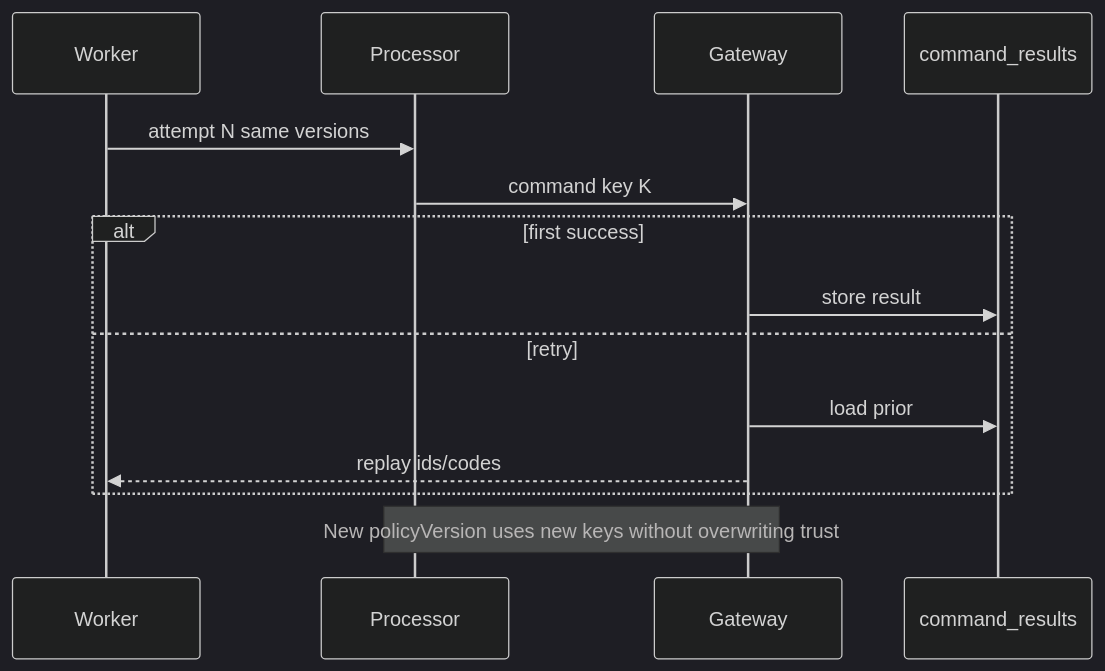
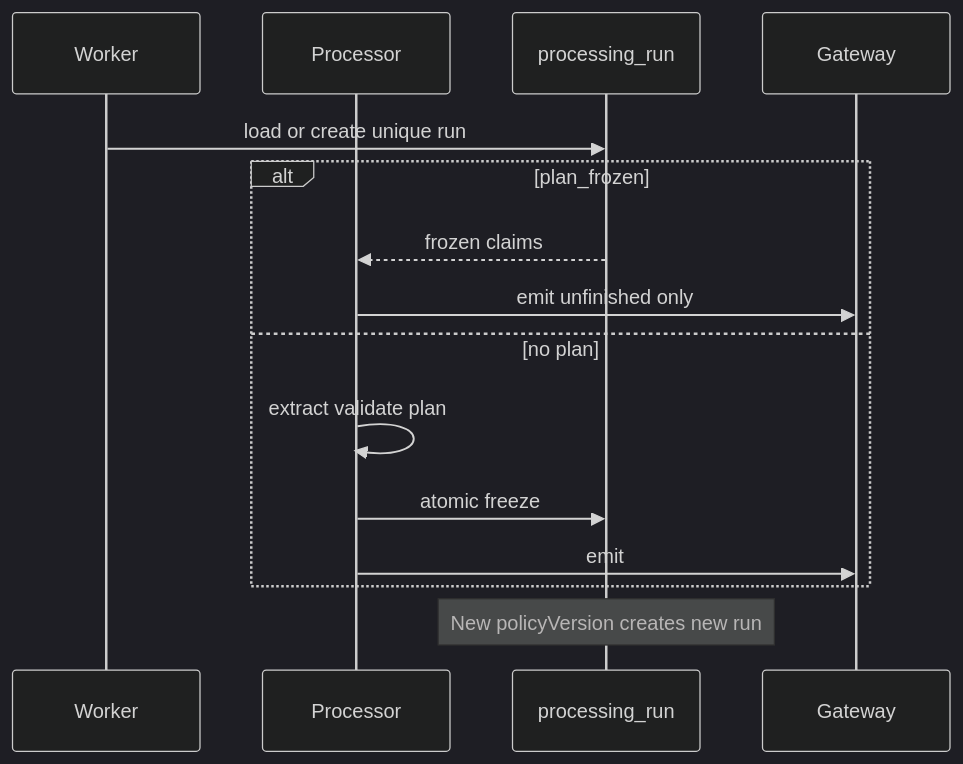
Diagram 12 of 12 in docs/memory-system/10-memory-processing-design.md (NicolVii/ContextVault), drawn with Mermaid (dark theme) before and after one commit. The commit also changed other lines of this file, not shown here.

First line of the commit message:
docs: correct Stage 10 processing freeze and authority contracts

````diff
--- a/docs/memory-system/10-memory-processing-design.md
+++ b/docs/memory-system/10-memory-processing-design.md
@@ -1679,16 +1295,17 @@
 ```mermaid
 sequenceDiagram
   participant W as Worker
   participant P as Processor
+  participant Run as processing_run
   participant G as Gateway
-  participant R as command_results
-  W->>P: attempt N same versions
-  P->>G: command key K
-  alt first success
-    G->>R: store result
-  else retry
-    G->>R: load prior
-    G-->>W: replay ids/codes
+  W->>Run: load or create unique run
+  alt plan_frozen
+    Run-->>P: frozen claims
+    P->>G: emit unfinished only
+  else no plan
+    P->>P: extract validate plan
+    P->>Run: atomic freeze
+    P->>G: emit
   end
-  Note over P,G: New policyVersion uses new keys without overwriting trust
+  Note over Run: New policyVersion creates new run
 ```
````
